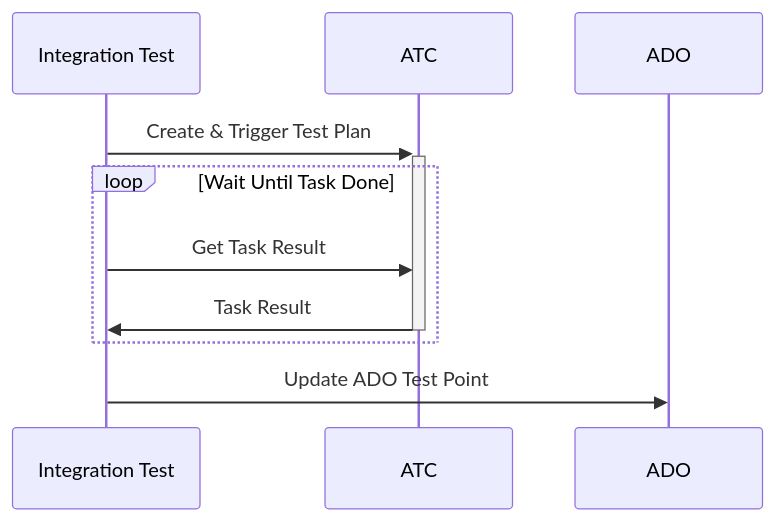
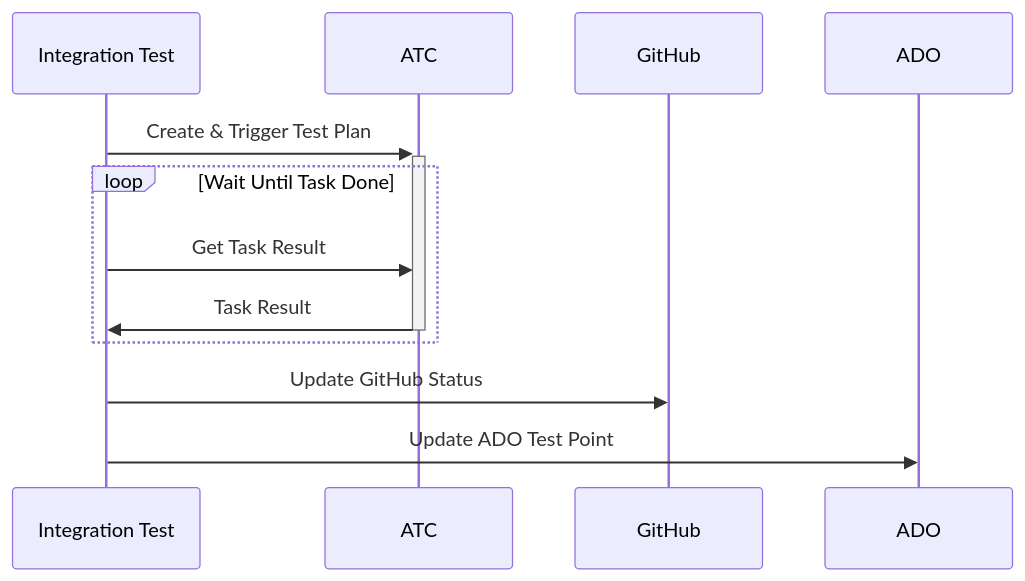
One commit to alex84425/Action-shuviVoice changed the first of 2 diagrams in README.md. Above: the diagram before and after it, drawn with Mermaid. The commit also changed other lines of this file, not shown here.

Commit message:
flowchart

````diff
--- a/README.md
+++ b/README.md
@@ -196,9 +196,10 @@
 ```mermaid
 sequenceDiagram
     Integration Test->>+ATC: Create & Trigger Test Plan
     loop Wait Until Task Done
         Integration Test->>ATC: Get Task Result
         ATC->>-Integration Test: Task Result
     end
+    Integration Test->>GitHub: Update GitHub Status
     Integration Test->>ADO: Update ADO Test Point
 ```
````
